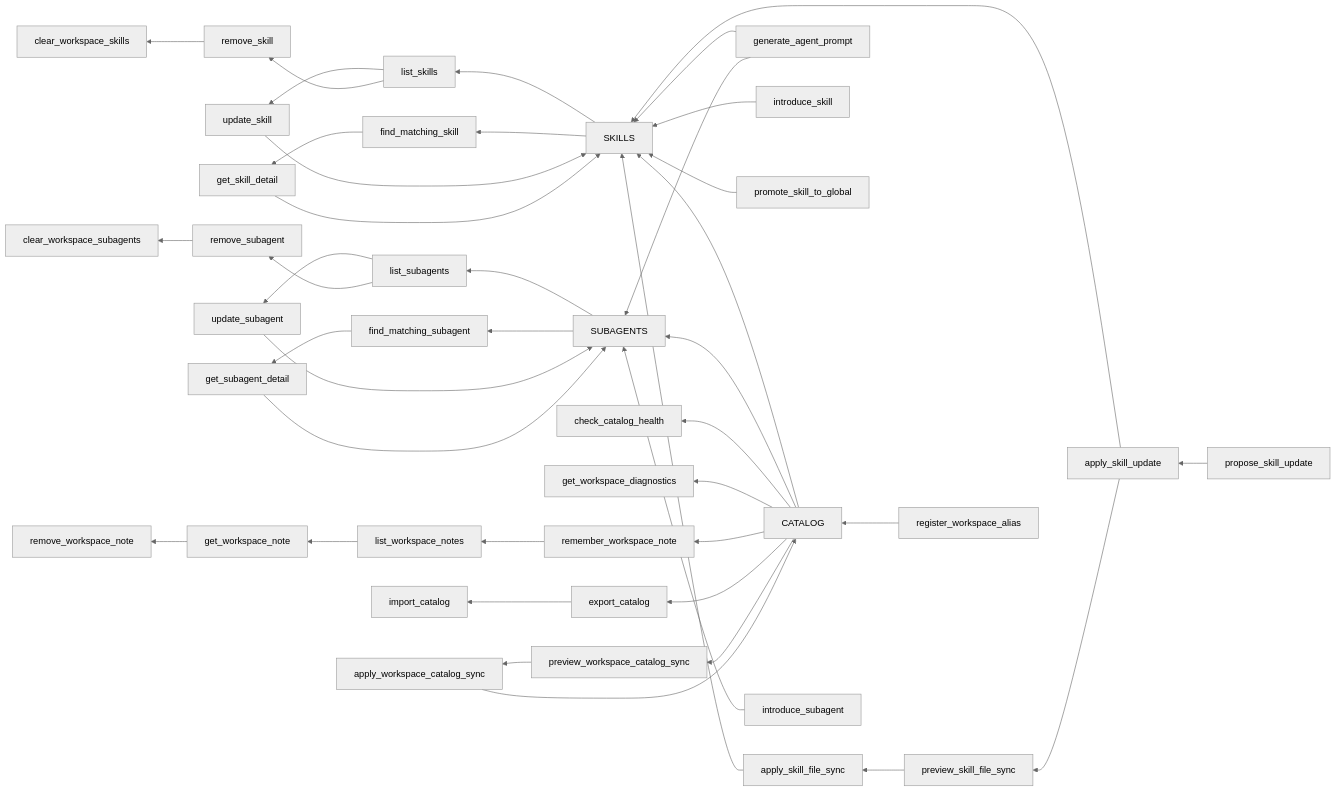
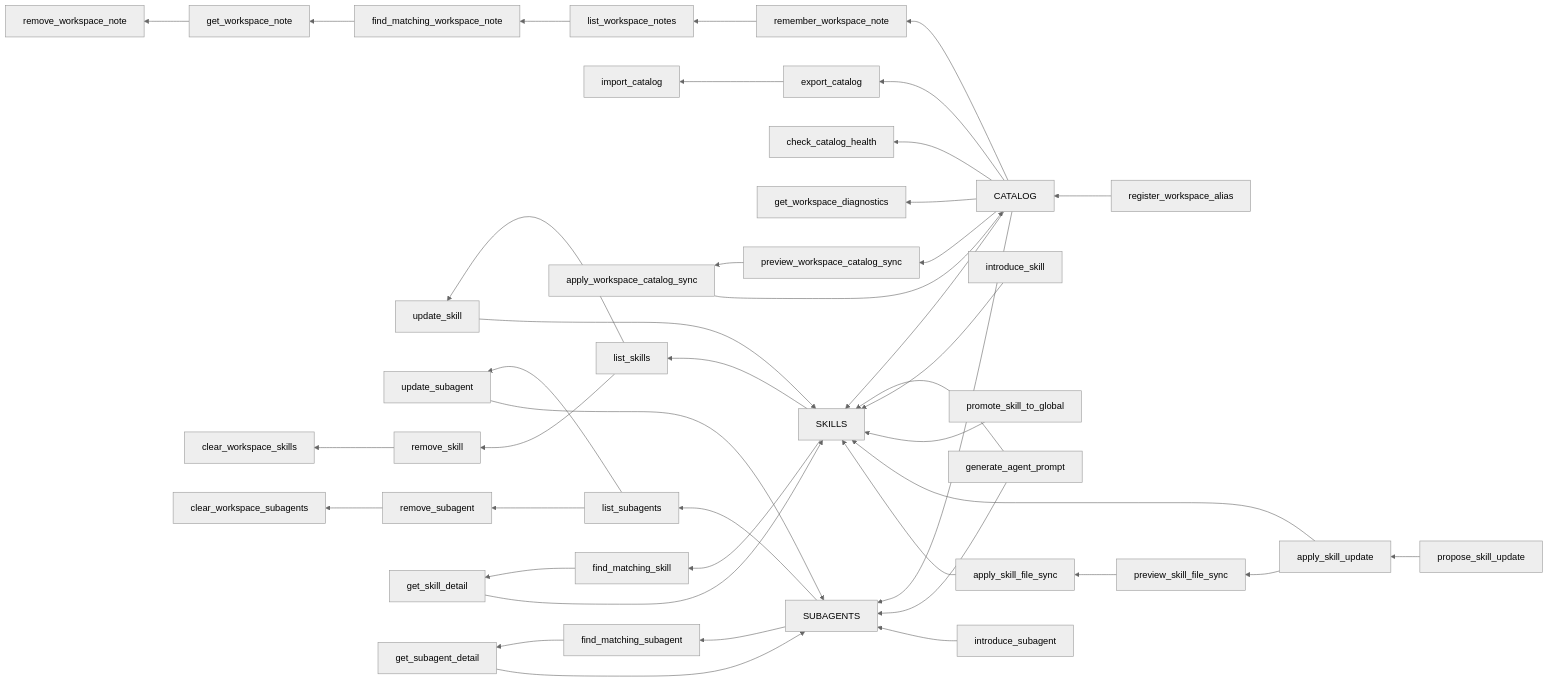
The diagram in README.md (okanaslan/lor-mcp), drawn with Mermaid (neutral theme) before and after one commit. The commit also changed other lines of this file and 12 other files, not shown here.

First line of the commit message:
feat(memory): match workspace notes

````diff
--- a/README.md
+++ b/README.md
@@ -216,52 +219,53 @@
 ```mermaid
 flowchart RL
   catalog["CATALOG"]
   skills["SKILLS"]
   subagents["SUBAGENTS"]
 
   catalog --> skills
   catalog --> subagents
 
   generatePrompt["generate_agent_prompt"] --> skills
   generatePrompt --> subagents
 
   introduceSkill["introduce_skill"] --> skills
   promoteSkill["promote_skill_to_global"] --> skills
   proposeSkillUpdate["propose_skill_update"] --> applySkillUpdate["apply_skill_update"]
   applySkillUpdate --> skills
   applySkillUpdate --> previewSkillFileSync["preview_skill_file_sync"]
   previewSkillFileSync --> applySkillFileSync["apply_skill_file_sync"]
   applySkillFileSync --> skills
 
   introduceSubagent["introduce_subagent"] --> subagents
 
   registerAlias["register_workspace_alias"] --> catalog
   catalog --> checkHealth["check_catalog_health"]
   catalog --> workspaceDiagnostics["get_workspace_diagnostics"]
   catalog --> rememberWorkspaceNote["remember_workspace_note"]
   rememberWorkspaceNote --> listWorkspaceNotes["list_workspace_notes"]
-  listWorkspaceNotes --> getWorkspaceNote["get_workspace_note"]
+  listWorkspaceNotes --> findWorkspaceNote["find_matching_workspace_note"]
+  findWorkspaceNote --> getWorkspaceNote["get_workspace_note"]
   getWorkspaceNote --> removeWorkspaceNote["remove_workspace_note"]
   catalog --> exportCatalog["export_catalog"]
   exportCatalog --> importCatalog["import_catalog"]
   catalog --> previewWorkspaceSync["preview_workspace_catalog_sync"]
   previewWorkspaceSync --> applyWorkspaceSync["apply_workspace_catalog_sync"]
   applyWorkspaceSync --> catalog
   skills --> listSkills["list_skills"]
   subagents --> listSubagents["list_subagents"]
 
   listSkills --> updateSkill["update_skill"]
   updateSkill --> skills
   listSubagents --> updateSubagent["update_subagent"]
   updateSubagent --> subagents
   listSkills --> removeSkill["remove_skill"]
   listSubagents --> removeSubagent["remove_subagent"]
   removeSkill --> clearSkills["clear_workspace_skills"]
   removeSubagent --> clearSubagents["clear_workspace_subagents"]
   skills --> findSkill["find_matching_skill"]
   subagents --> findSubagent["find_matching_subagent"]
   findSkill --> getSkill["get_skill_detail"]
   findSubagent --> getSubagent["get_subagent_detail"]
   getSkill --> skills
   getSubagent --> subagents
 ```
````
